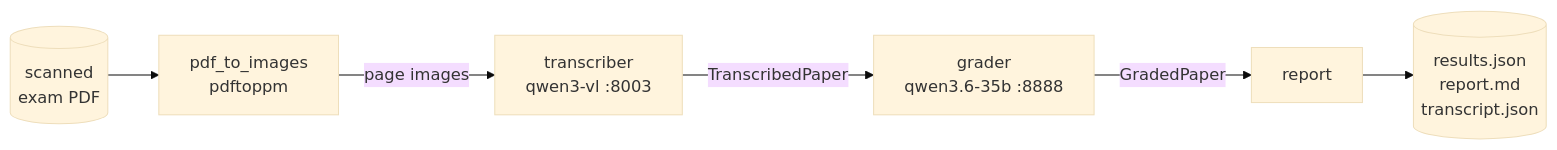
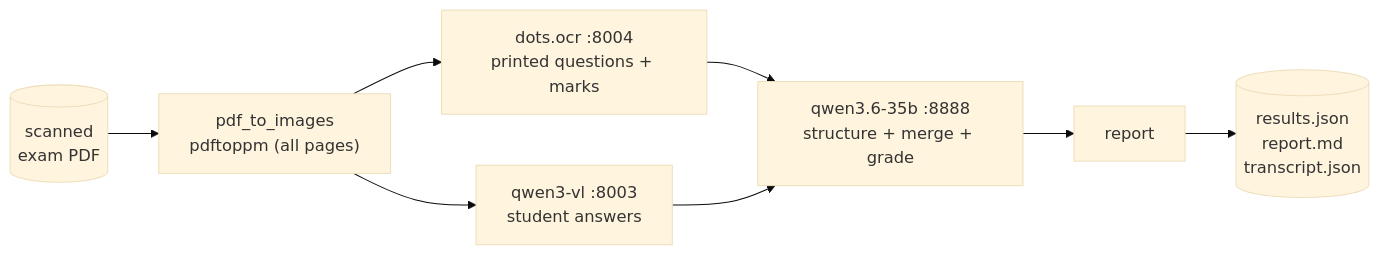
The diagram in README.md (piwi3910/wael-exames), drawn with Mermaid (base theme) before and after one commit. The commit also changed other lines of this file and 1 other file, not shown here.

First line of the commit message:
docs: update README + ARCHITECTURE for the hybrid pipeline

````diff
--- a/README.md
+++ b/README.md
@@ -7,8 +9,10 @@
 ```mermaid
 flowchart LR
-    pdf[("scanned<br/>exam PDF")] --> render["pdf_to_images<br/>pdftoppm"]
-    render -->|"page images"| tr["transcriber<br/>qwen3-vl :8003"]
-    tr -->|"TranscribedPaper"| gr["grader<br/>qwen3.6-35b :8888"]
-    gr -->|"GradedPaper"| rep["report"]
+    pdf[("scanned<br/>exam PDF")] --> render["pdf_to_images<br/>pdftoppm (all pages)"]
+    render --> ocr["dots.ocr :8004<br/>printed questions + marks"]
+    render --> vlm["qwen3-vl :8003<br/>student answers"]
+    ocr --> merge["qwen3.6-35b :8888<br/>structure + merge + grade"]
+    vlm --> merge
+    merge --> rep["report"]
     rep --> out[("results.json<br/>report.md<br/>transcript.json")]
 ```
````
